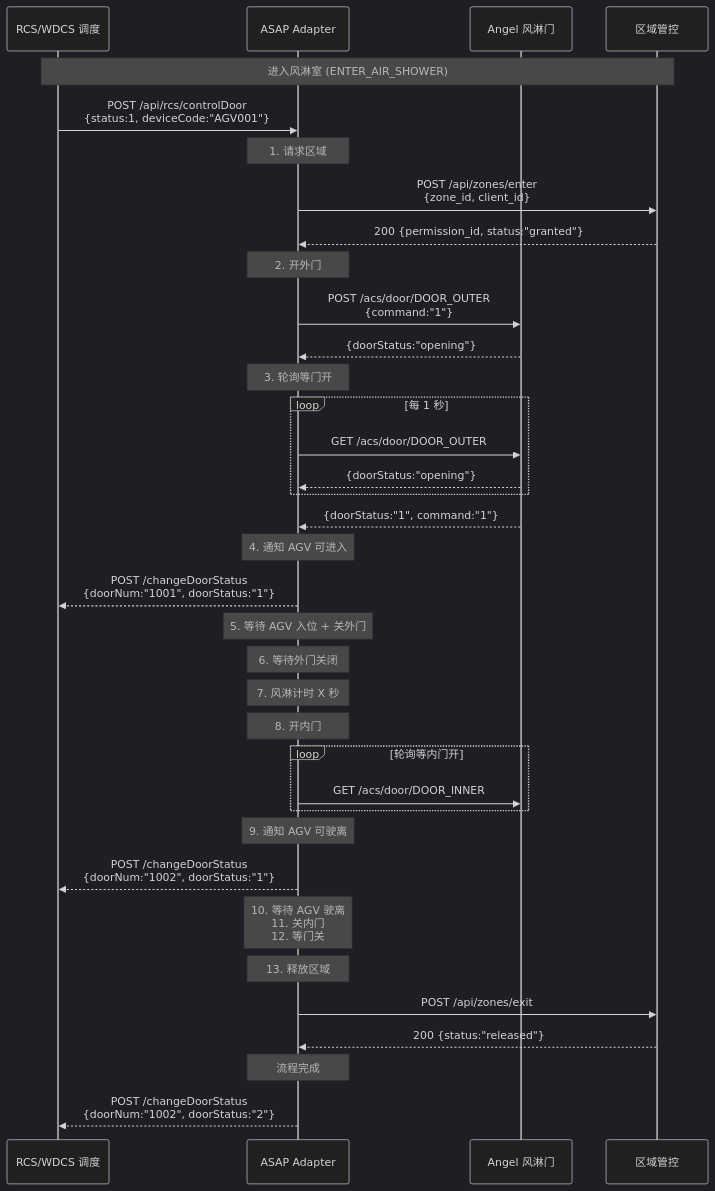
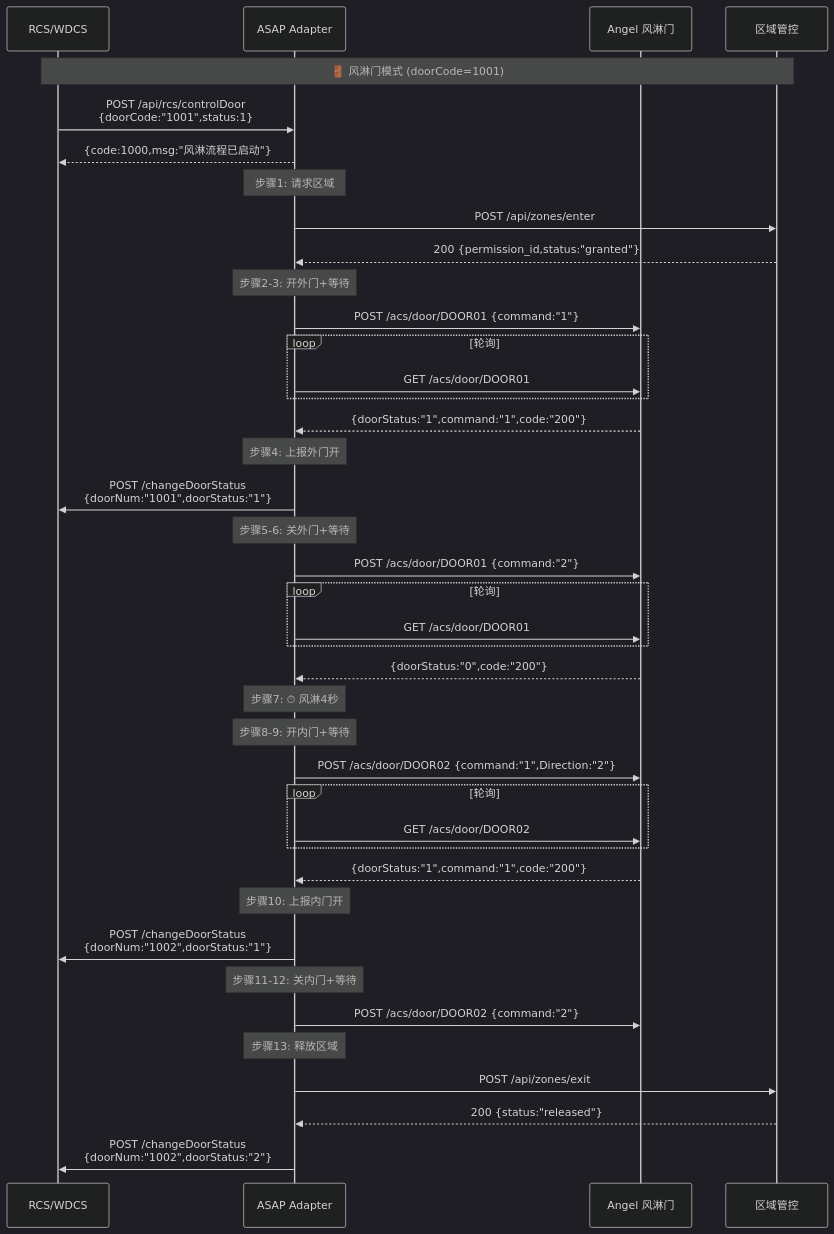
One commit to 1021143806/ASAP_Adapter changed the third of 13 diagrams in doc/architecture.md. Above: the diagram before and after it, drawn with Mermaid (dark theme). The commit also changed other lines of this file, not shown here.

````diff
--- a/doc/architecture.md
+++ b/doc/architecture.md
@@ -79,51 +87,54 @@
 ```mermaid
 sequenceDiagram
-    participant RCS as RCS/WDCS 调度
+    participant RCS as RCS/WDCS
     participant ASAP as ASAP Adapter
     participant ANGEL as Angel 风淋门
     participant ZONE as 区域管控
 
-    Note over RCS,ZONE: 进入风淋室 (ENTER_AIR_SHOWER)
+    Note over RCS,ZONE: 🚪 风淋门模式 (doorCode=1001)
 
-    RCS->>ASAP: POST /api/rcs/controlDoor<br/>{status:1, deviceCode:"AGV001"}
+    RCS->>ASAP: POST /api/rcs/controlDoor<br/>{doorCode:"1001",status:1}
+    ASAP-->>RCS: {code:1000,msg:"风淋流程已启动"}
 
-    Note over ASAP: 1. 请求区域
-    ASAP->>ZONE: POST /api/zones/enter<br/>{zone_id, client_id}
-    ZONE-->>ASAP: 200 {permission_id, status:"granted"}
+    Note over ASAP: 步骤1: 请求区域
+    ASAP->>ZONE: POST /api/zones/enter
+    ZONE-->>ASAP: 200 {permission_id,status:"granted"}
 
-    Note over ASAP: 2. 开外门
-    ASAP->>ANGEL: POST /acs/door/DOOR_OUTER<br/>{command:"1"}
-    ANGEL-->>ASAP: {doorStatus:"opening"}
+    Note over ASAP: 步骤2-3: 开外门+等待
+    ASAP->>ANGEL: POST /acs/door/DOOR01 {command:"1"}
+    loop 轮询
+        ASAP->>ANGEL: GET /acs/door/DOOR01
+    end
+    ANGEL-->>ASAP: {doorStatus:"1",command:"1",code:"200"}
 
-    Note over ASAP: 3. 轮询等门开
-    loop 每 1 秒
-        ASAP->>ANGEL: GET /acs/door/DOOR_OUTER
-        ANGEL-->>ASAP: {doorStatus:"opening"}
+    Note over ASAP: 步骤4: 上报外门开
+    ASAP->>RCS: POST /changeDoorStatus<br/>{doorNum:"1001",doorStatus:"1"}
+
+    Note over ASAP: 步骤5-6: 关外门+等待
+    ASAP->>ANGEL: POST /acs/door/DOOR01 {command:"2"}
+    loop 轮询
+        ASAP->>ANGEL: GET /acs/door/DOOR01
     end
-    ANGEL-->>ASAP: {doorStatus:"1", command:"1"}
+    ANGEL-->>ASAP: {doorStatus:"0",code:"200"}
 
-    Note over ASAP: 4. 通知 AGV 可进入
-    ASAP-->>RCS: POST /changeDoorStatus<br/>{doorNum:"1001", doorStatus:"1"}
+    Note over ASAP: 步骤7: ⏱ 风淋4秒
 
-    Note over ASAP: 5. 等待 AGV 入位 + 关外门
-    Note over ASAP: 6. 等待外门关闭
+    Note over ASAP: 步骤8-9: 开内门+等待
+    ASAP->>ANGEL: POST /acs/door/DOOR02 {command:"1",Direction:"2"}
+    loop 轮询
+        ASAP->>ANGEL: GET /acs/door/DOOR02
+    end
+    ANGEL-->>ASAP: {doorStatus:"1",command:"1",code:"200"}
 
-    Note over ASAP: 7. 风淋计时 X 秒
-    Note over ASAP: 8. 开内门
+    Note over ASAP: 步骤10: 上报内门开
+    ASAP->>RCS: POST /changeDoorStatus<br/>{doorNum:"1002",doorStatus:"1"}
 
-    loop 轮询等内门开
-        ASAP->>ANGEL: GET /acs/door/DOOR_INNER
-    end
+    Note over ASAP: 步骤11-12: 关内门+等待
+    ASAP->>ANGEL: POST /acs/door/DOOR02 {command:"2"}
 
-    Note over ASAP: 9. 通知 AGV 可驶离
-    ASAP-->>RCS: POST /changeDoorStatus<br/>{doorNum:"1002", doorStatus:"1"}
-
-    Note over ASAP: 10. 等待 AGV 驶离<br/>11. 关内门<br/>12. 等门关
-
-    Note over ASAP: 13. 释放区域
+    Note over ASAP: 步骤13: 释放区域
     ASAP->>ZONE: POST /api/zones/exit
     ZONE-->>ASAP: 200 {status:"released"}
 
-    Note over ASAP: 流程完成
-    ASAP-->>RCS: POST /changeDoorStatus<br/>{doorNum:"1002", doorStatus:"2"}
+    ASAP->>RCS: POST /changeDoorStatus<br/>{doorNum:"1002",doorStatus:"2"}
 ```
````
